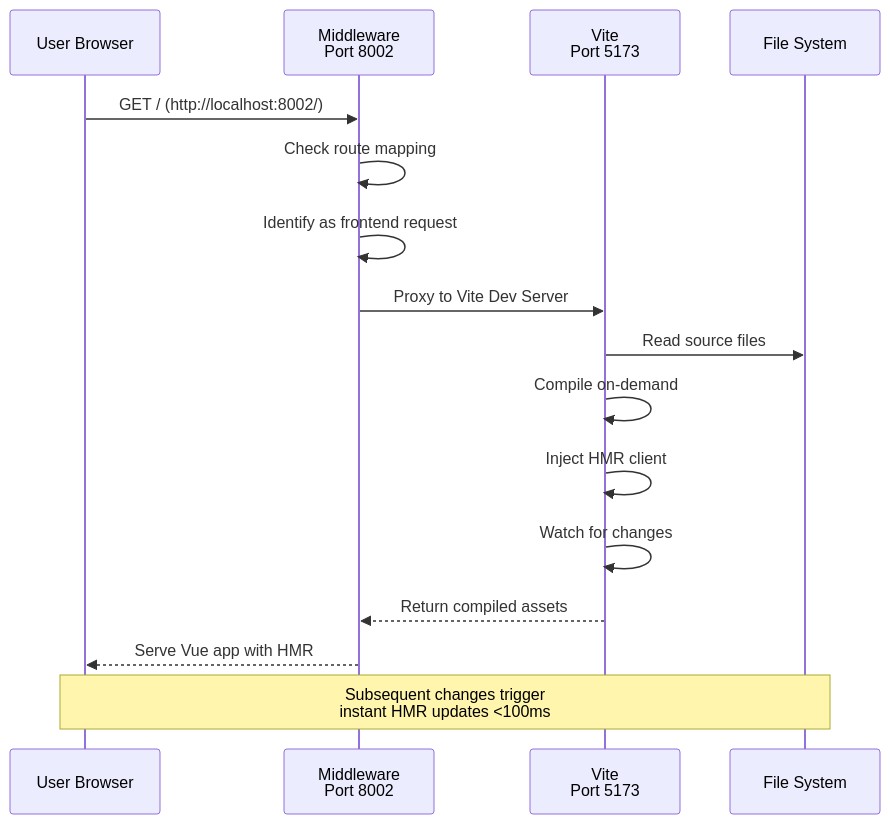
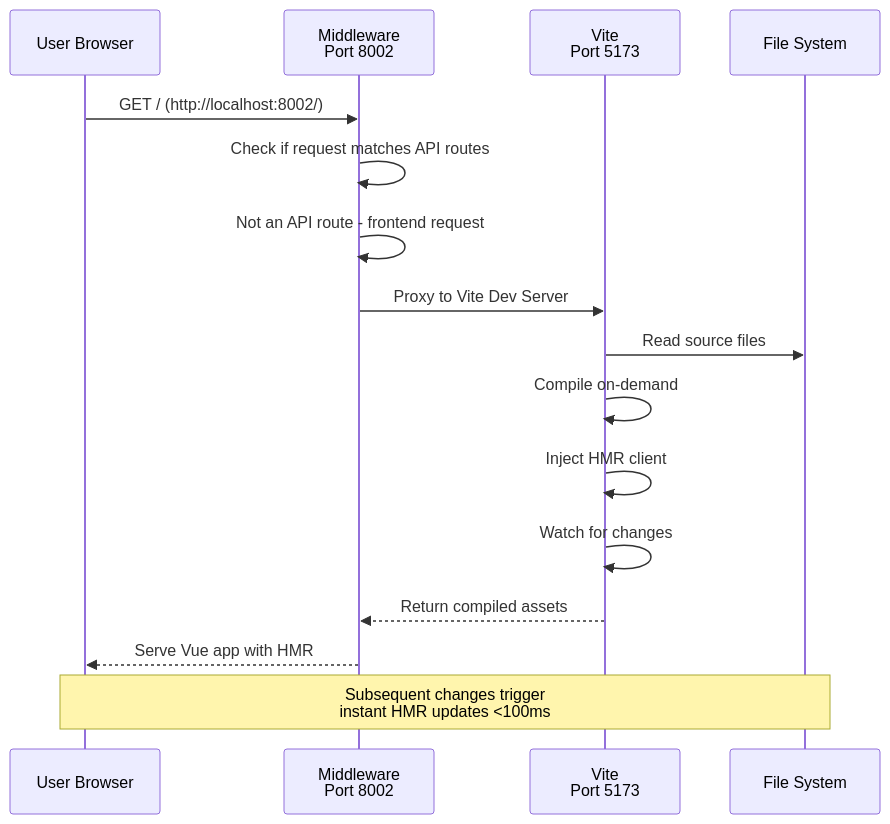
Before and after one commit to sunyhydralab/QView3D: the second of 8 diagrams in docs/architecture-changes.md, drawn with Mermaid. The commit also changed other lines of this file and 1 other file, not shown here.

Commit message:
docs: update documentation formatting in mermaid diagrams

````diff
--- a/docs/architecture-changes.md
+++ b/docs/architecture-changes.md
@@ -614,19 +585,19 @@
 ```mermaid
 sequenceDiagram
     participant U as User Browser
     participant M as Middleware<br/>Port 8002
     participant V as Vite<br/>Port 5173
     participant FS as File System
 
     U->>M: GET / (http://localhost:8002/)
-    M->>M: Check route mapping
-    M->>M: Identify as frontend request
+    M->>M: Check if request matches API routes
+    M->>M: Not an API route - frontend request
     M->>V: Proxy to Vite Dev Server
     V->>FS: Read source files
     V->>V: Compile on-demand
     V->>V: Inject HMR client
     V->>V: Watch for changes
     V-->>M: Return compiled assets
     M-->>U: Serve Vue app with HMR
     Note over U,FS: Subsequent changes trigger<br/>instant HMR updates <100ms
 ```
````
